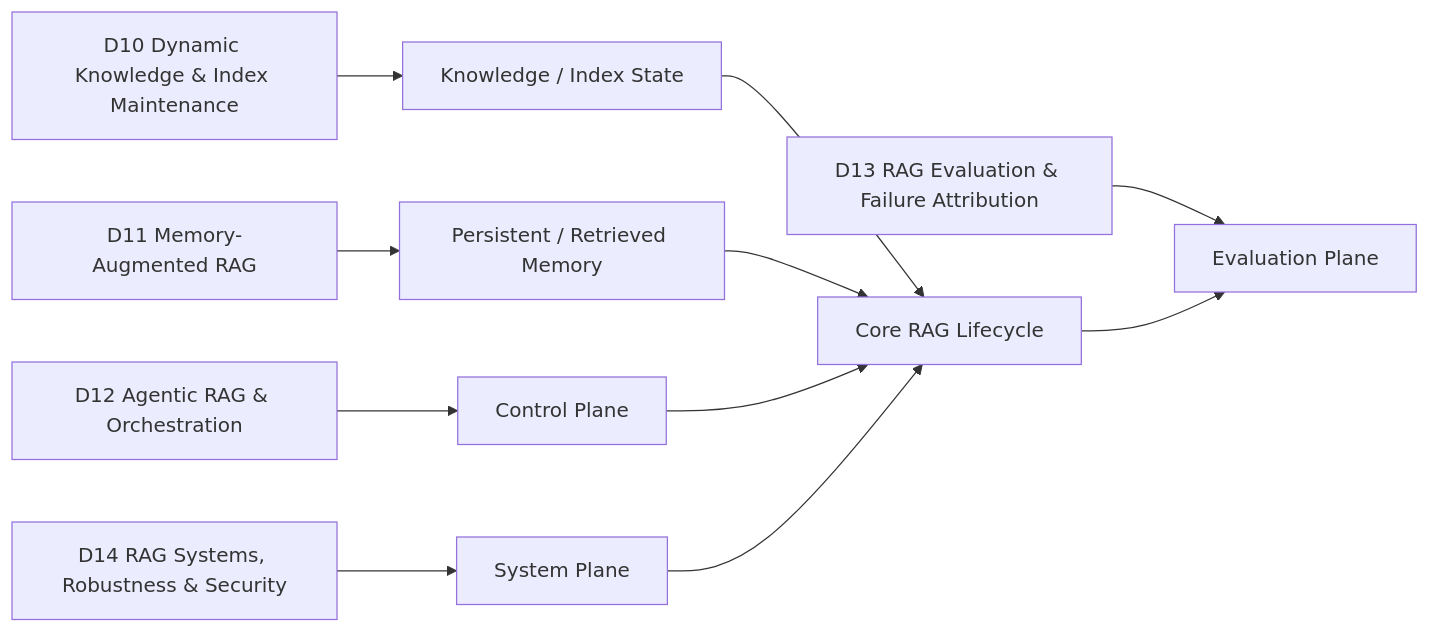
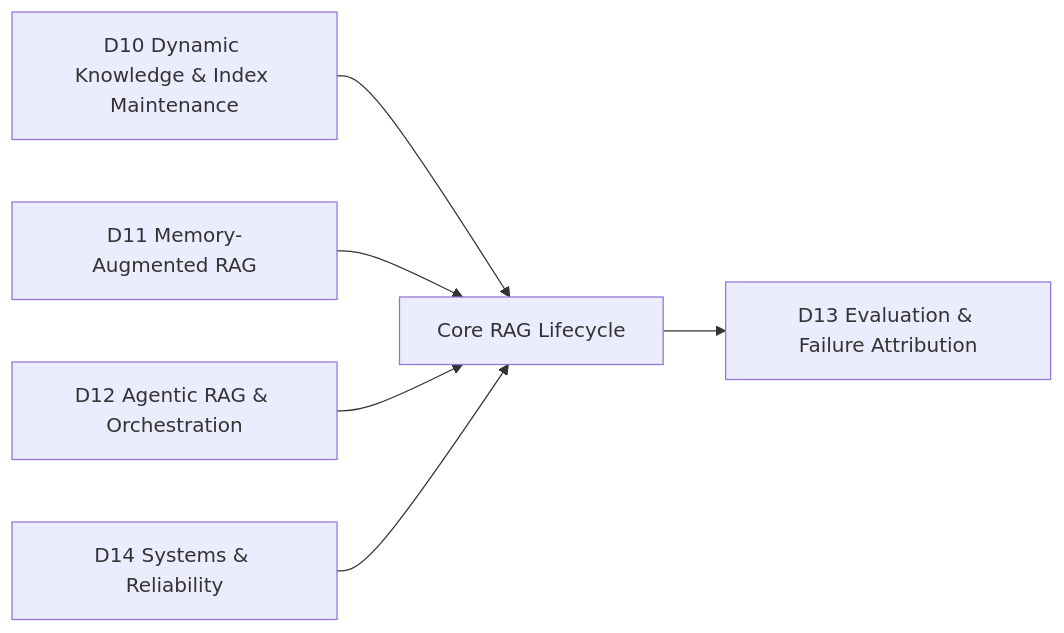
Before and after one commit to Cycl0n3-ga/RAG-survey: the second of 2 diagrams in 00 - 導覽與心智圖 (Navigation & MOC)/RAG Research Taxonomy & Domain Map.md, drawn with Mermaid. The commit also changed other lines of this file, not shown here.

````diff
--- a/00 - 導覽與心智圖 (Navigation & MOC)/RAG Research Taxonomy & Domain Map.md
+++ b/00 - 導覽與心智圖 (Navigation & MOC)/RAG Research Taxonomy & Domain Map.md
@@ -41,14 +39,8 @@
 ```mermaid
 flowchart LR
-    D10["D10 Dynamic Knowledge & Index Maintenance"] --> INDEX["Knowledge / Index State"]
-    D11["D11 Memory-Augmented RAG"] --> CTX["Persistent / Retrieved Memory"]
-    D12["D12 Agentic RAG & Orchestration"] --> CTRL["Control Plane"]
-    D13["D13 RAG Evaluation & Failure Attribution"] --> EVAL["Evaluation Plane"]
-    D14["D14 RAG Systems, Robustness & Security"] --> SYS["System Plane"]
-
-    INDEX --> CORE["Core RAG Lifecycle"]
-    CTX --> CORE
-    CTRL --> CORE
-    CORE --> EVAL
-    SYS --> CORE
+    D10["D10 Dynamic Knowledge & Index Maintenance"] --> CORE["Core RAG Lifecycle"]
+    D11["D11 Memory-Augmented RAG"] --> CORE
+    D12["D12 Agentic RAG & Orchestration"] --> CORE
+    CORE --> D13["D13 Evaluation & Failure Attribution"]
+    D14["D14 Systems & Reliability"] --> CORE
 ```
````
